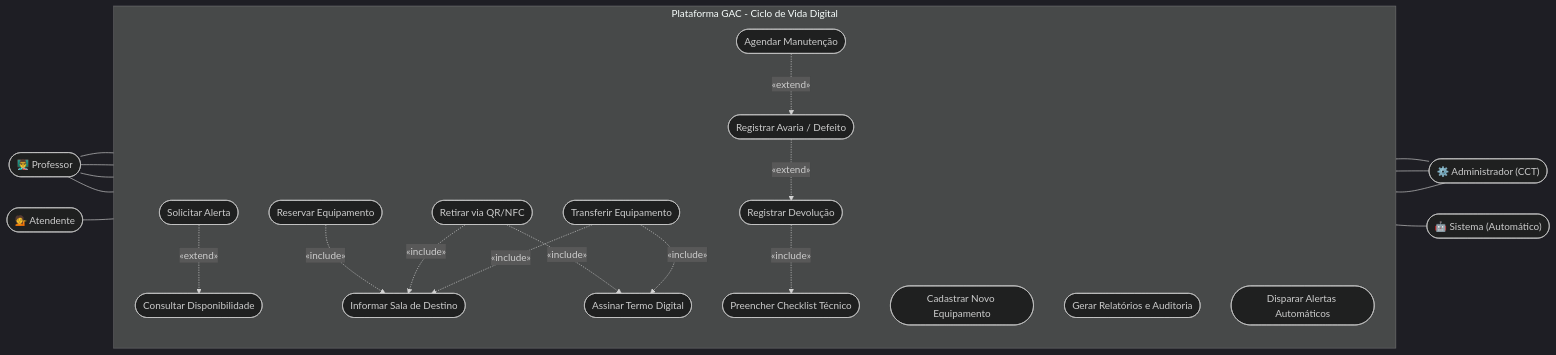
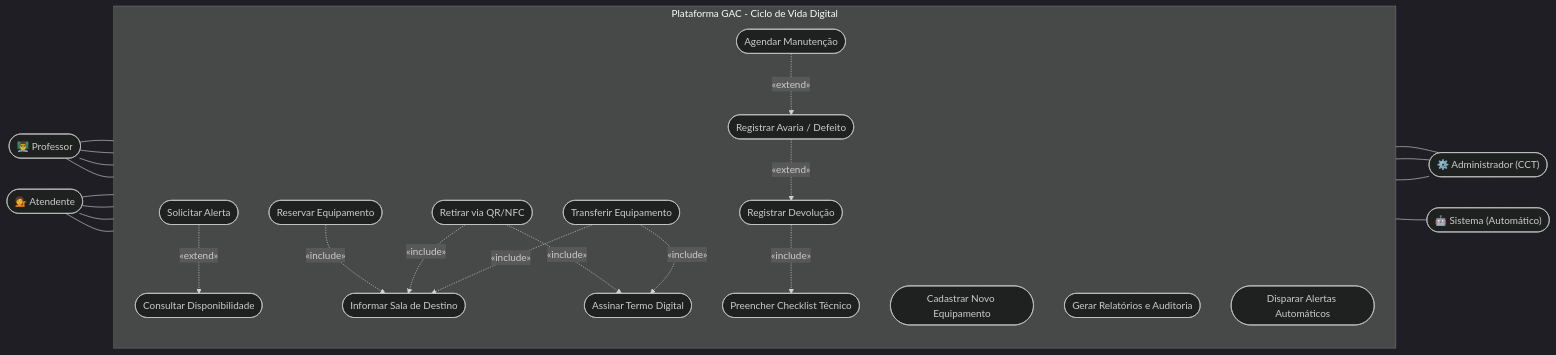
Before and after one commit to VinnerKyther/requisitos-2026-requisitos-production: the diagram in Requisitos/Diagramas/Diagrama-de-Casos-de-Uso.md, drawn with Mermaid (dark theme).

````diff
--- a/Requisitos/Diagramas/Diagrama-de-Casos-de-Uso.md
+++ b/Requisitos/Diagramas/Diagrama-de-Casos-de-Uso.md
@@ -3,67 +3,72 @@
 ```mermaid
 flowchart LR
     %% Atores da Interface Mobile (Esquerda)
     Prof(["👨‍🏫 Professor"])
     Atend(["💁 Atendente"])
 
     subgraph Sistema [Plataforma GAC - Ciclo de Vida Digital]
         direction TB
         
         %% Bloco de Consulta
         UC1([Consultar Disponibilidade])
         UC1a([Solicitar Alerta])
         
-        %% Bloco de Ações e Inclusões separadas para evitar sobreposição
+        %% Bloco de Ações e Inclusões separadas
         UC2([Reservar Equipamento])
         UC6([Informar Sala de Destino])
         
         UC3([Retirar via QR/NFC])
         UC5([Assinar Termo Digital])
         
         UC4([Transferir Equipamento])
         
         %% Bloco de Devolução
         UC7([Registrar Devolução])
         UC8([Preencher Checklist Técnico])
         UC9([Registrar Avaria / Defeito])
         
         %% Bloco de Gestão
         UC10([Cadastrar Novo Equipamento])
         UC11([Agendar Manutenção])
         UC12([Gerar Relatórios e Auditoria])
         
         %% Bloco de Automação
         UC13([Disparar Alertas Automáticos])
     end
 
     %% Atores da Interface Web e Robôs (Direita)
     Admin(["⚙️ Administrador (CCT)"])
     Sis(["🤖 Sistema (Automático)"])
 
-    %% Conectando os Atores
+    %% Conectando os Atores (LINHAS SÓLIDAS)
     Prof --- UC1
     Prof --- UC2
     Prof --- UC3
     Prof --- UC4
+    
+    %% O Atendente agora tem ligação VISUAL com todas as suas tarefas
+    Atend --- UC1
     Atend --- UC7
+    Atend --- UC8
+    Atend --- UC9
     
     UC10 --- Admin
     UC11 --- Admin
     UC12 --- Admin
     UC13 --- Sis
 
-    %% LIGAÇÕES (Reordenadas para limpar o visual)
+    %% LIGAÇÕES SISTÊMICAS (Setas Pontilhadas)
     UC1a -.->|«extend»| UC1
     
     UC2 -.->|«include»| UC6
     UC3 -.->|«include»| UC5
     
     %% Setas secundárias
     UC3 -.->|«include»| UC6
     UC4 -.->|«include»| UC6
     UC4 -.->|«include»| UC5
 
     UC7 -.->|«include»| UC8
     UC9 -.->|«extend»| UC7
     UC11 -.->|«extend»| UC9
 ```
````
